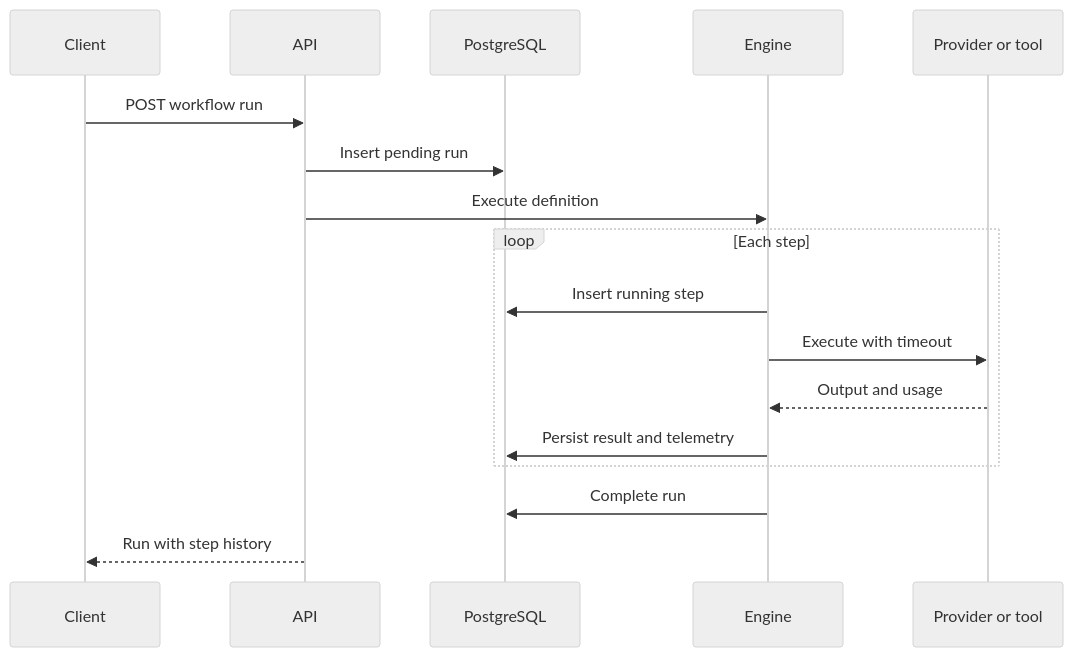
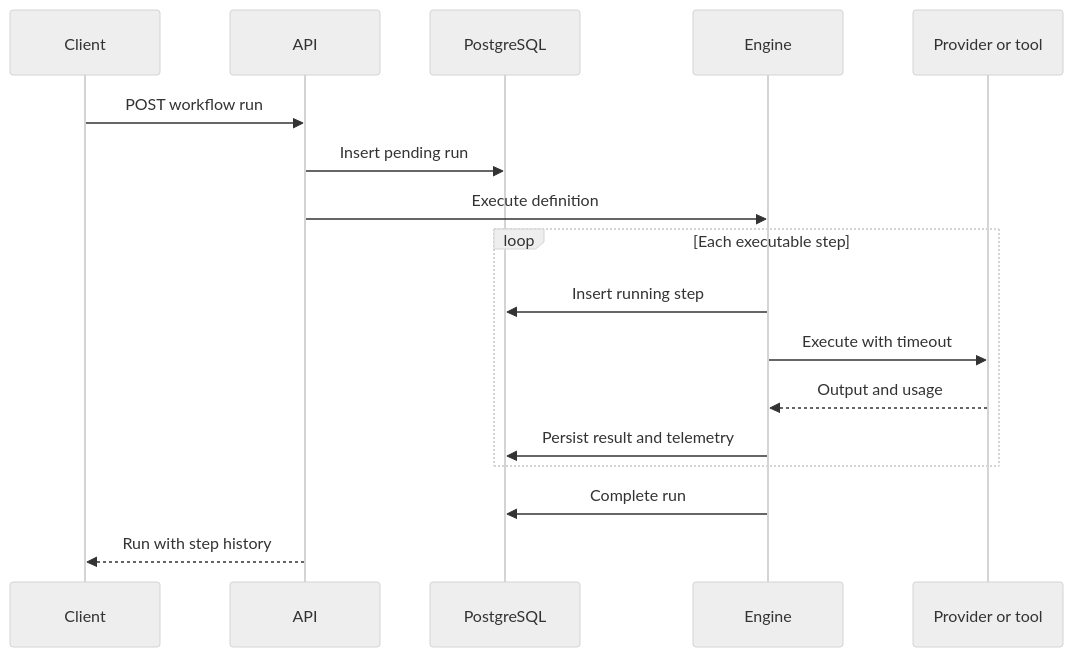
Before and after one commit to jsobralgitpush/agent-runtime: the first of 2 diagrams in docs/architecture.md, drawn with Mermaid (neutral theme). The commit also changed other lines of this file and 11 other files, not shown here.

````diff
--- a/docs/architecture.md
+++ b/docs/architecture.md
@@ -9,19 +9,19 @@
 ```mermaid
 sequenceDiagram
     participant Client
     participant API
     participant Store as PostgreSQL
     participant Engine
     participant Target as Provider or tool
     Client->>API: POST workflow run
     API->>Store: Insert pending run
     API->>Engine: Execute definition
-    loop Each step
+    loop Each executable step
         Engine->>Store: Insert running step
         Engine->>Target: Execute with timeout
         Target-->>Engine: Output and usage
         Engine->>Store: Persist result and telemetry
     end
     Engine->>Store: Complete run
     API-->>Client: Run with step history
 ```
````
